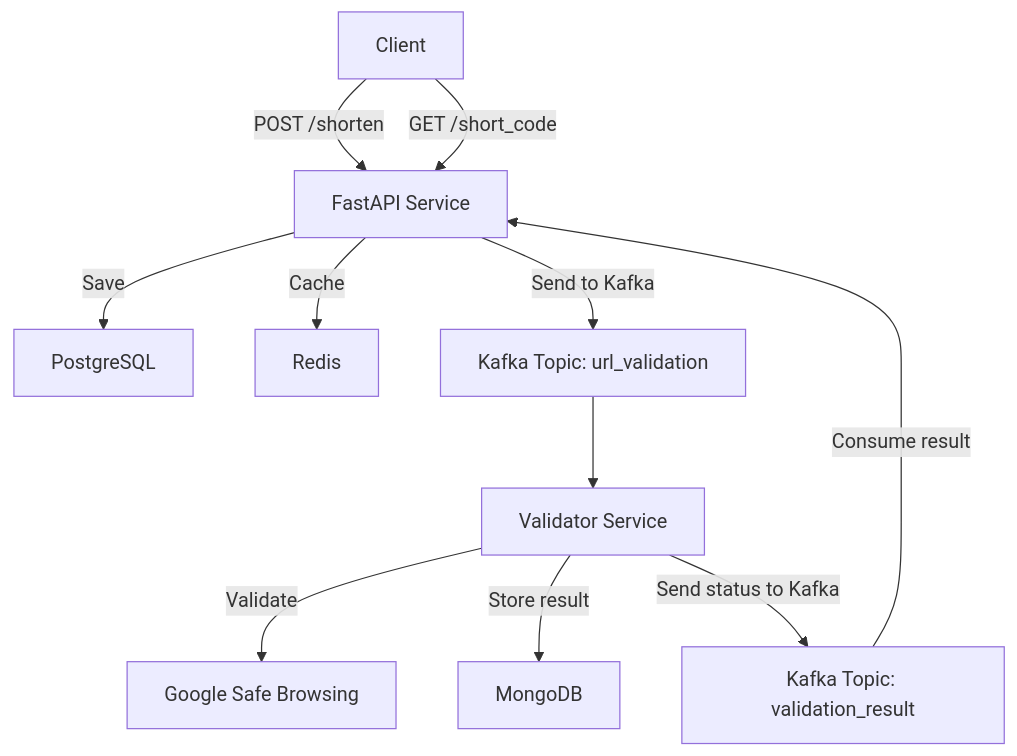
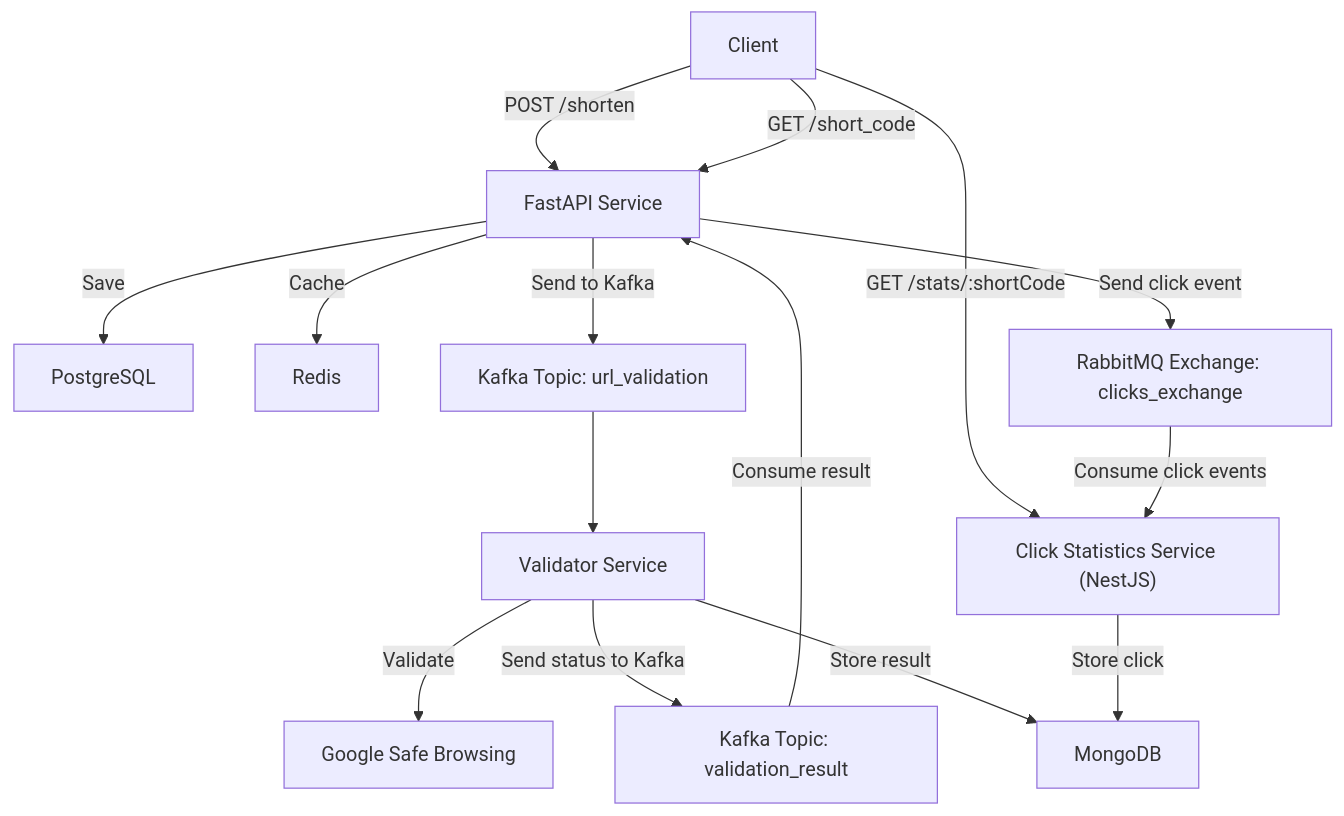
One commit to VladimirKomov/url-shortener changed the diagram in README.md. Above: the diagram before and after it, drawn with Mermaid. The commit also changed other lines of this file and 6 other files, not shown here.

First line of the commit message:
Refactor statistics service and update README

````diff
--- a/README.md
+++ b/README.md
@@ -19,25 +19,33 @@
 ```mermaid
 graph TD
    A[Client]
    B[FastAPI Service]
    C[PostgreSQL]
    D[Redis]
    E[Kafka Topic: url_validation]
    F[Validator Service]
    G[Google Safe Browsing]
    H[MongoDB]
    I[Kafka Topic: validation_result]
+   J["Click Statistics Service (NestJS)"]
+   K["RabbitMQ Exchange: clicks_exchange"]
 
    A -->|POST /shorten| B
    A -->|GET /short_code| B
+   A -->|GET /stats/:shortCode| J
 
    B -->|Save| C
    B -->|Cache| D
    B -->|Send to Kafka| E
+   B -->|Send click event| K
 
    E --> F
    F -->|Validate| G
+   F -->|Send status to Kafka| I
    F -->|Store result| H
-   F -->|Send status to Kafka| I
    I -->|Consume result| B
+
+   K -->|Consume click events| J
+   J -->|Store click| H
+
 ```
````
